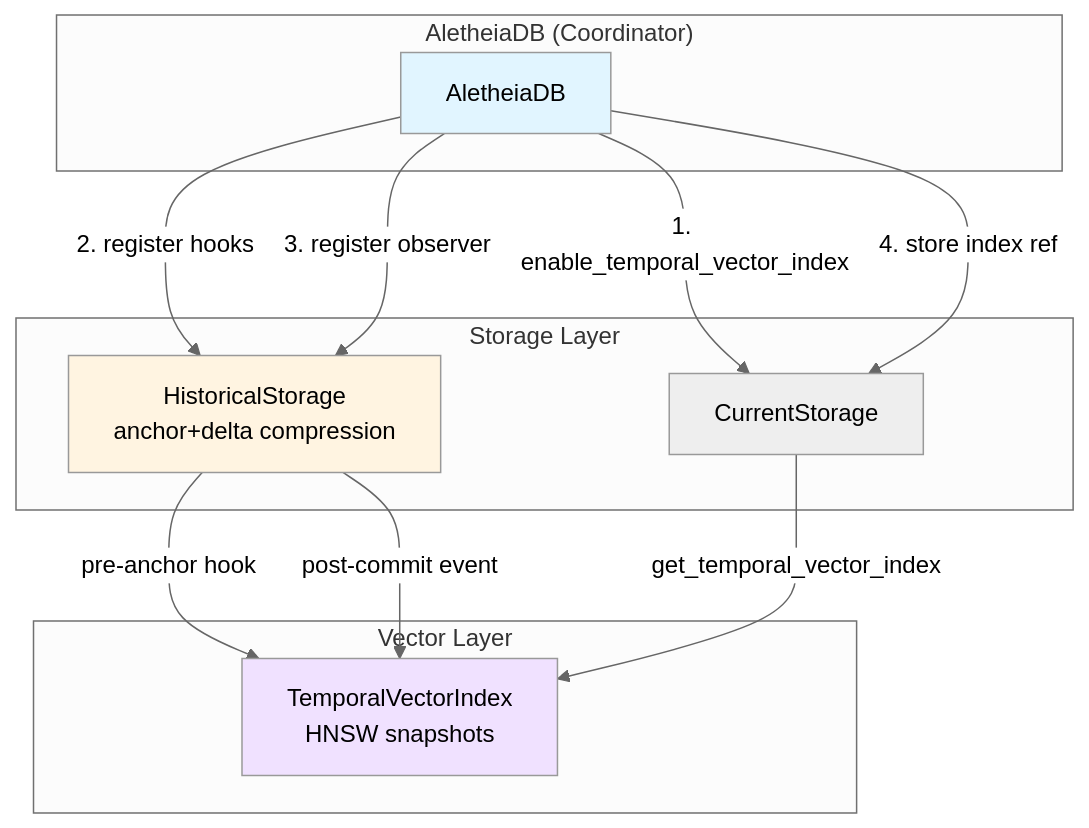
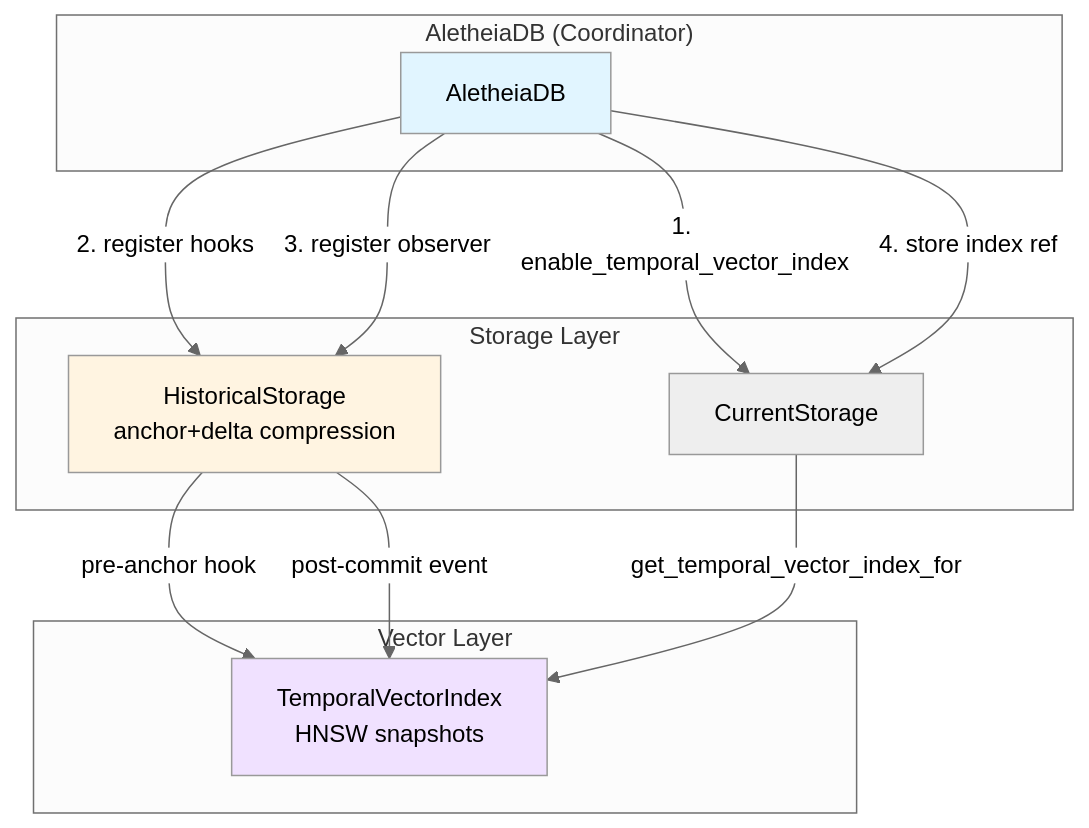
One commit to autumn-foundation/AletheiaDB changed the first of 3 diagrams in docs/adr/0018-temporal-vector-historical-integration.md. Above: the diagram before and after it, drawn with Mermaid (neutral theme). The commit also changed other lines of this file and 9 other files, not shown here.

````diff
--- a/docs/adr/0018-temporal-vector-historical-integration.md
+++ b/docs/adr/0018-temporal-vector-historical-integration.md
@@ -32,29 +32,29 @@
 ```mermaid
 graph TB
     subgraph "AletheiaDB (Coordinator)"
         DB[AletheiaDB]
     end
 
     subgraph "Storage Layer"
         Current[CurrentStorage]
         Historical[HistoricalStorage<br/>anchor+delta compression]
     end
 
     subgraph "Vector Layer"
         TVIndex[TemporalVectorIndex<br/>HNSW snapshots]
     end
 
     DB -->|1. enable_temporal_vector_index| Current
     DB -->|2. register hooks| Historical
     DB -->|3. register observer| Historical
     DB -->|4. store index ref| Current
 
     Historical -->|pre-anchor hook| TVIndex
     Historical -->|post-commit event| TVIndex
 
-    Current -->|get_temporal_vector_index| TVIndex
+    Current -->|get_temporal_vector_index_for| TVIndex
 
     style DB fill:#e1f5ff
     style Historical fill:#fff4e1
     style TVIndex fill:#f0e1ff
 ```
````
